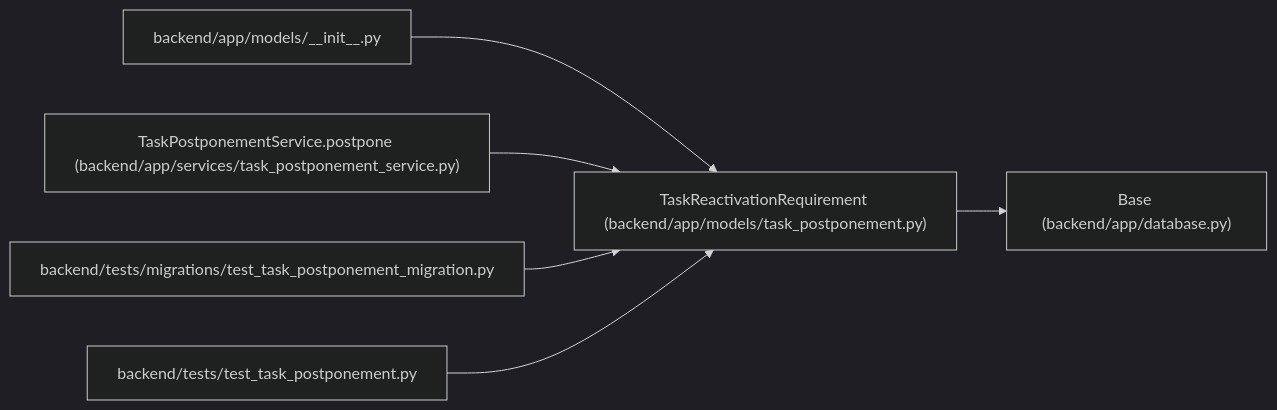
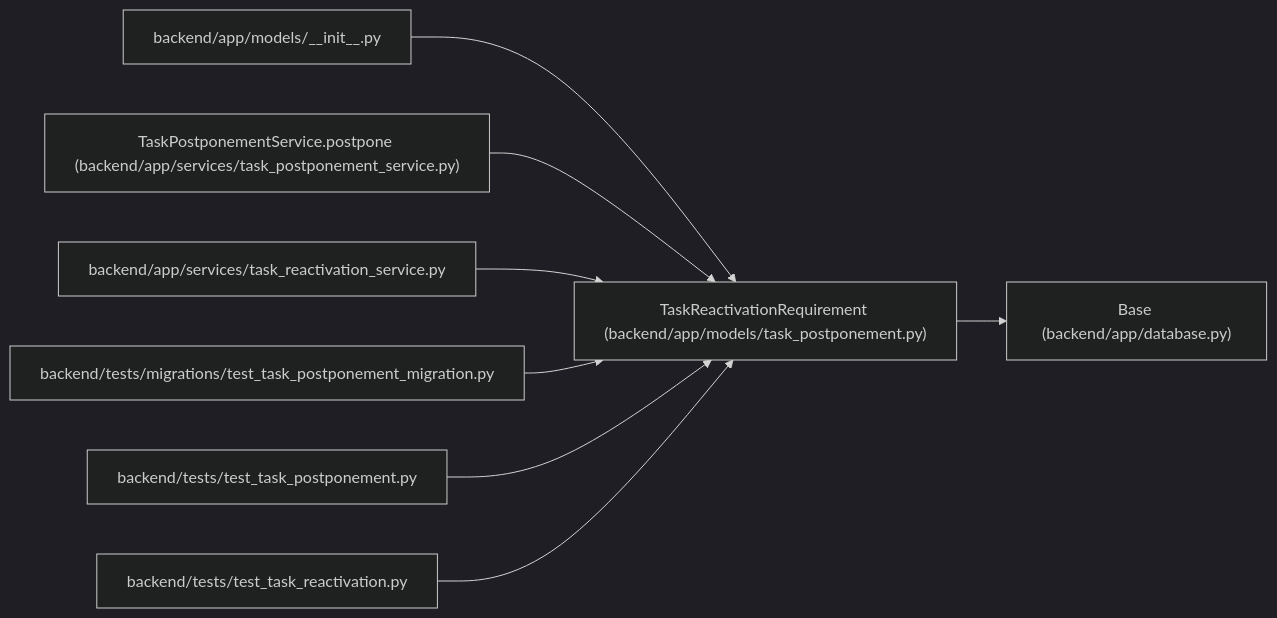
The diagram in docs/llm_wiki/entities/TaskReactivationRequirement.md (Denissvgn/WorkChord), drawn with Mermaid (dark theme) before and after one commit. The commit also changed other lines of this file and 873 other files, not shown here.

Commit message:
Sync the architectural wiki for automatic reactivation of postponed tasks

````diff
--- a/docs/llm_wiki/entities/TaskReactivationRequirement.md
+++ b/docs/llm_wiki/entities/TaskReactivationRequirement.md
@@ -42,20 +42,26 @@
 ```mermaid
 flowchart LR
     n0["TaskReactivationRequirement (backend/app/models/task_postponement.py)"]
     n1["Base (backend/app/database.py)"]
     n2["backend/app/models/__init__.py"]
     n3["TaskPostponementService.postpone (backend/app/services/task_postponement_service.py)"]
-    n4["backend/tests/migrations/test_task_postponement_migration.py"]
-    n5["backend/tests/test_task_postponement.py"]
+    n4["backend/app/services/task_reactivation_service.py"]
+    n5["backend/tests/migrations/test_task_postponement_migration.py"]
+    n6["backend/tests/test_task_postponement.py"]
+    n7["backend/tests/test_task_reactivation.py"]
     n0 --> n1
     n2 --> n0
     n3 --> n0
     n4 --> n0
     n5 --> n0
+    n6 --> n0
+    n7 --> n0
     click n0 "../modules/models_task_postponement.md"
     click n1 "../modules/app_database.md"
     click n2 "../modules/models___init__.md"
     click n3 "../modules/task_postponement_service.md"
-    click n4 "../modules/test_task_postponement_migration.md"
-    click n5 "../modules/test_task_postponement.md"
+    click n4 "../modules/task_reactivation_service.md"
+    click n5 "../modules/test_task_postponement_migration.md"
+    click n6 "../modules/test_task_postponement.md"
+    click n7 "../modules/test_task_reactivation.md"
 ```
````
